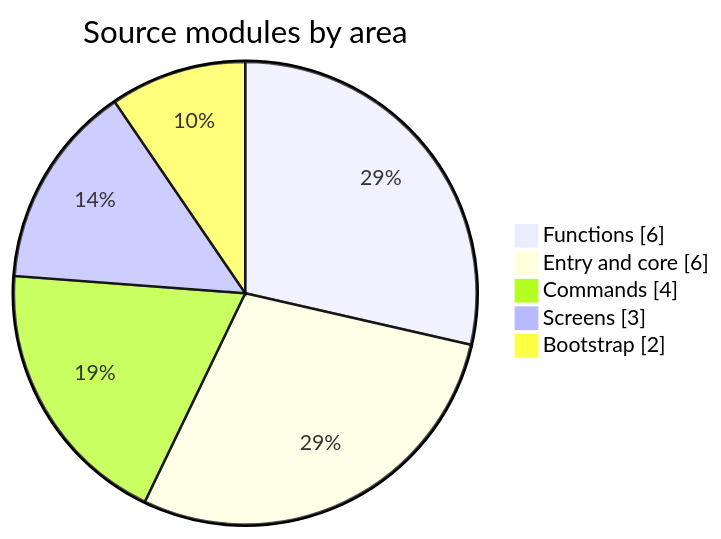
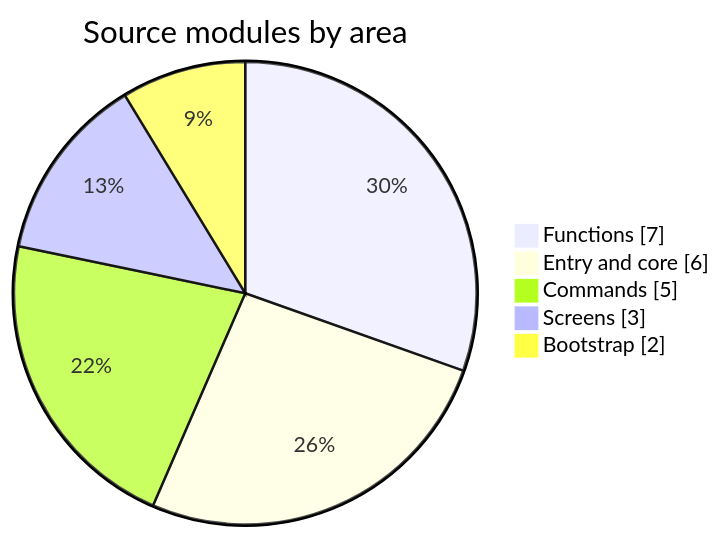
One commit to Armoghans-Organization/Omarchy-Tweaker changed the third of 3 diagrams in docs/architecture.md. Above: the diagram before and after it, drawn with Mermaid. The commit also changed other lines of this file and 16 other files, not shown here.

````diff
--- a/docs/architecture.md
+++ b/docs/architecture.md
@@ -107,9 +110,9 @@
 ```mermaid
 pie showData
     title Source modules by area
-    "Functions" : 6
+    "Functions" : 7
     "Entry and core" : 6
-    "Commands" : 4
+    "Commands" : 5
     "Screens" : 3
     "Bootstrap" : 2
 ```
````
